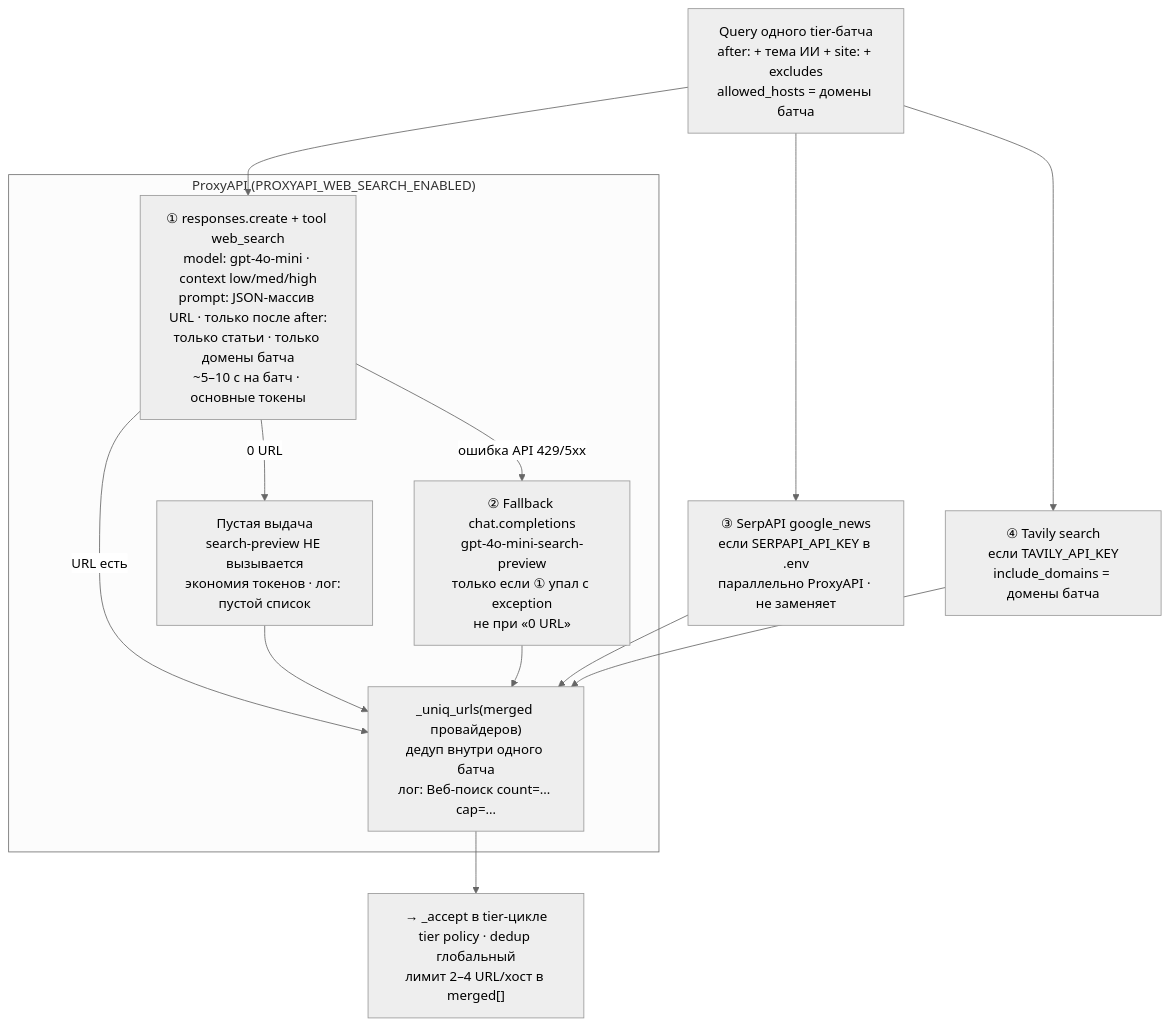
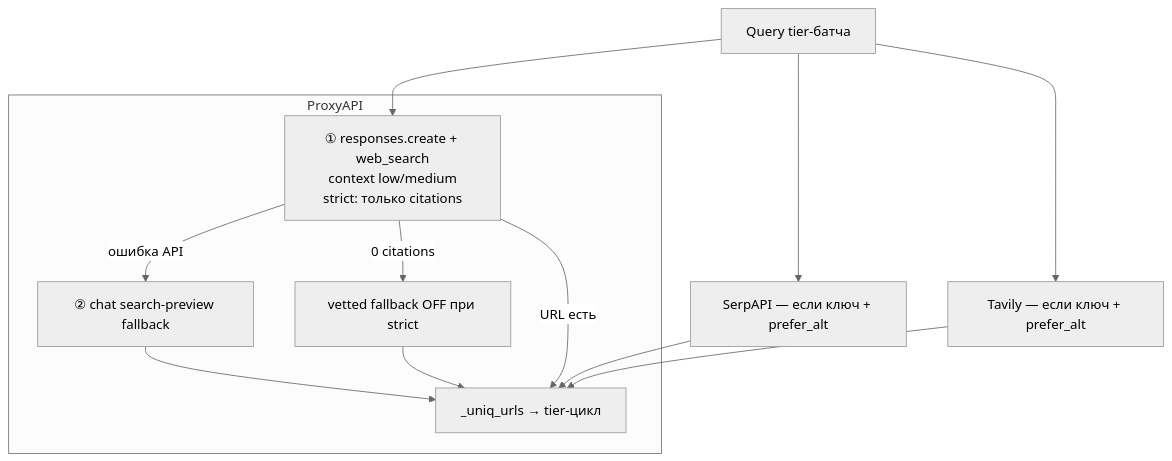
One commit to Ardierous/NewsAI changed the third of 5 diagrams in docs/STEP1_SEARCH_FLOWCHART.md. Above: the diagram before and after it, drawn with Mermaid (neutral theme). The commit also changed other lines of this file and 10 other files, not shown here.

````diff
--- a/docs/STEP1_SEARCH_FLOWCHART.md
+++ b/docs/STEP1_SEARCH_FLOWCHART.md
@@ -119,23 +115,20 @@
 ```mermaid
 flowchart TD
-    Q["Query одного tier-батча<br/>after: + тема ИИ + site: + excludes<br/>allowed_hosts = домены батча"]
-    Q --> P1
+    Q["Query tier-батча"] --> P1
 
-    subgraph PROXY["ProxyAPI (PROXYAPI_WEB_SEARCH_ENABLED)"]
-        P1["① responses.create + tool web_search<br/>model: gpt-4o-mini · context low/med/high<br/>prompt: JSON-массив URL · только после after:<br/>только статьи · только домены батча<br/>~5–10 с на батч · основные токены"]
+    subgraph PROXY["ProxyAPI"]
+        P1["① responses.create + web_search<br/>context low/medium<br/>strict: только citations"]
+        P1 -->|0 citations| EMPTY["vetted fallback OFF при strict"]
+        P1 -->|ошибка API| P2["② chat search-preview fallback"]
+        P2 --> UNIQ
+        EMPTY --> UNIQ
         P1 -->|URL есть| UNIQ
-        P1 -->|0 URL| EMPTY["Пустая выдача<br/>search-preview НЕ вызывается<br/>экономия токенов · лог: пустой список"]
-        EMPTY --> UNIQ
-        P1 -->|ошибка API 429/5xx| P2
-        P2["② Fallback chat.completions<br/>gpt-4o-mini-search-preview<br/>только если ① упал с exception<br/>не при «0 URL»"]
-        P2 --> UNIQ
     end
 
-    Q --> S3["③ SerpAPI google_news<br/>если SERPAPI_API_KEY в .env<br/>параллельно ProxyAPI · не заменяет"]
+    Q --> S3["SerpAPI — если ключ + prefer_alt"]
     S3 --> UNIQ
-    Q --> T4["④ Tavily search<br/>если TAVILY_API_KEY<br/>include_domains = домены батча"]
+    Q --> T4["Tavily — если ключ + prefer_alt"]
     T4 --> UNIQ
 
-    UNIQ["_uniq_urls(merged провайдеров)<br/>дедуп внутри одного батча<br/>лог: Веб-поиск count=… cap=…"]
-    UNIQ --> ACC2["→ _accept в tier-цикле<br/>tier policy · dedup глобальный<br/>лимит 2–4 URL/хост в merged[]"]
+    UNIQ["_uniq_urls → tier-цикл"]
 ```
````
